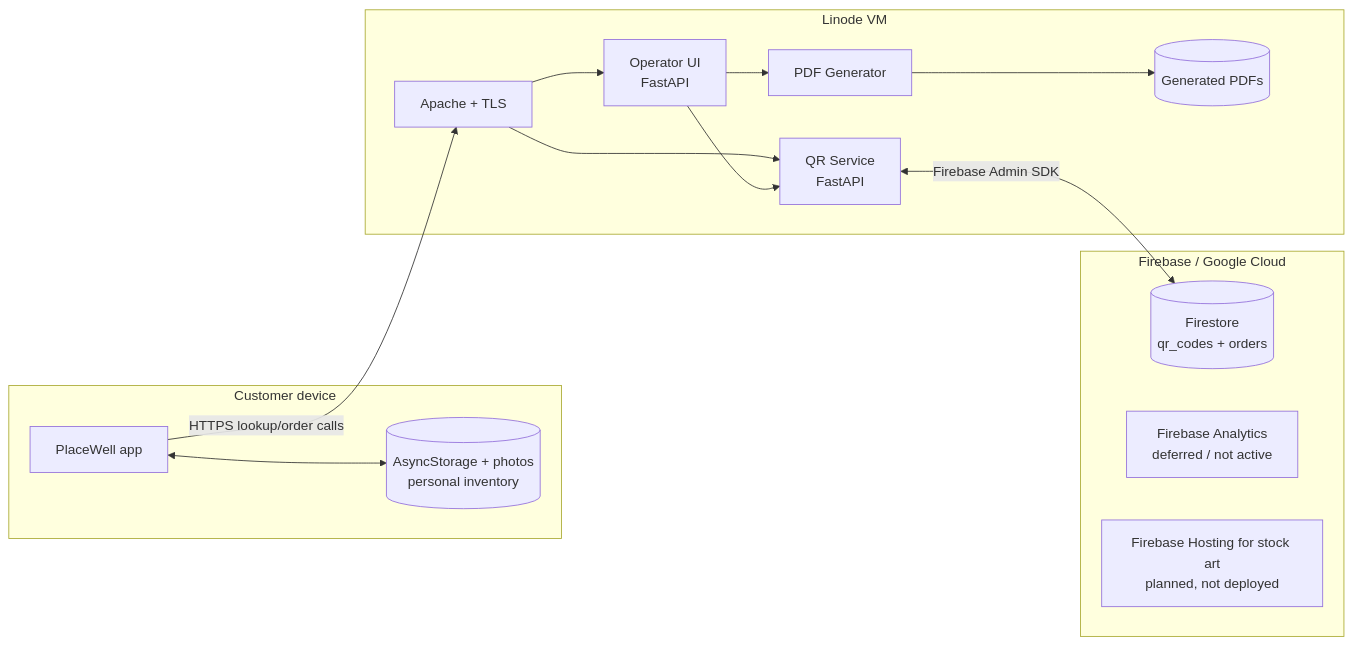
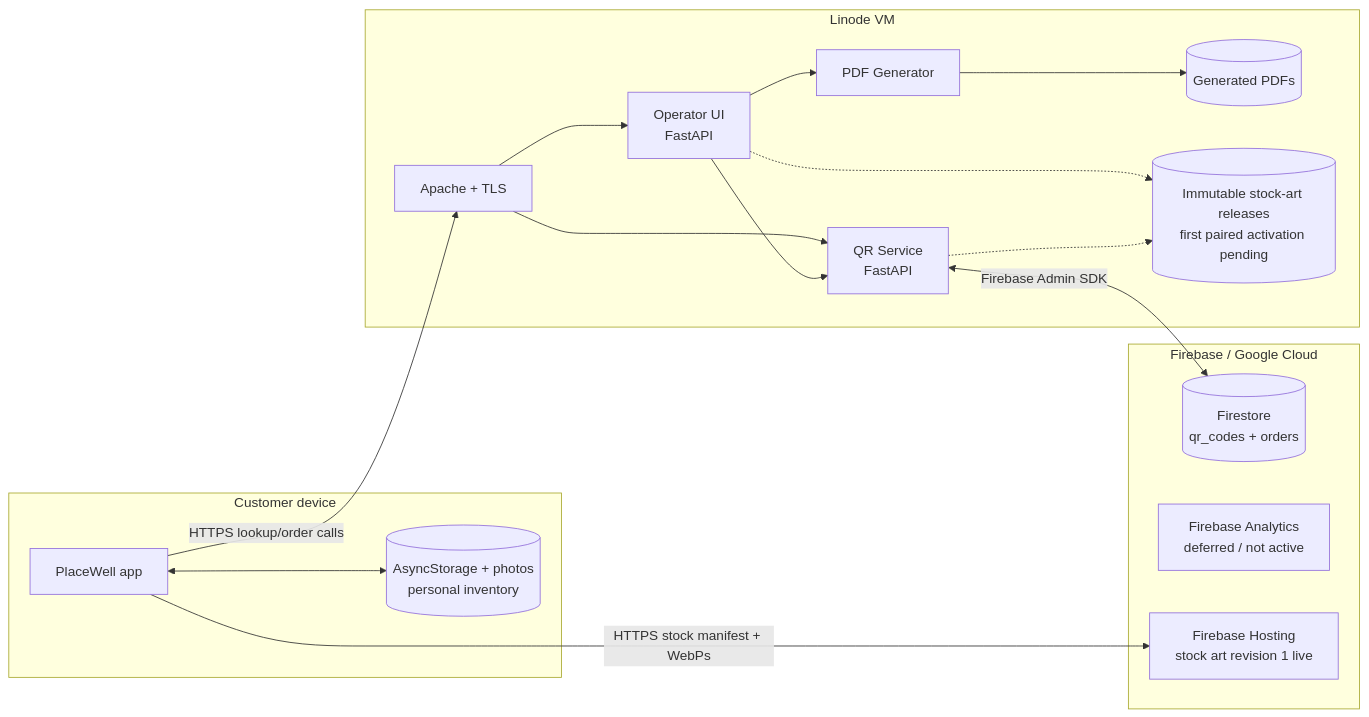
One commit to whosaner/PlaceWellDocs changed the first of 3 diagrams in architecture/Firebase_Linode_SQL_Decision.md. Above: the diagram before and after it, drawn with Mermaid. The commit also changed other lines of this file and 9 other files, not shown here.

Commit message:
Add paired stock image deployment

````diff
--- a/architecture/Firebase_Linode_SQL_Decision.md
+++ b/architecture/Firebase_Linode_SQL_Decision.md
@@ -19,29 +19,33 @@
 ```mermaid
 flowchart LR
     subgraph DEVICE["Customer device"]
         APP["PlaceWell app"]
         LOCAL[("AsyncStorage + photos<br/>personal inventory")]
         APP <--> LOCAL
     end
 
     subgraph LINODE["Linode VM"]
         APACHE["Apache + TLS"]
         QR["QR Service<br/>FastAPI"]
         UI["Operator UI<br/>FastAPI"]
         PDF["PDF Generator"]
         OUT[("Generated PDFs")]
+        STOCK[("Immutable stock-art releases<br/>first paired activation pending")]
         APACHE --> QR
         APACHE --> UI
         UI --> QR
         UI --> PDF --> OUT
+        UI -.-> STOCK
+        QR -.-> STOCK
     end
 
     subgraph FIREBASE["Firebase / Google Cloud"]
         FS[("Firestore<br/>qr_codes + orders")]
         ANALYTICS["Firebase Analytics<br/>deferred / not active"]
-        HOSTING["Firebase Hosting for stock art<br/>planned, not deployed"]
+        HOSTING["Firebase Hosting<br/>stock art revision 1 live"]
     end
 
     APP -->|"HTTPS lookup/order calls"| APACHE
+    APP -->|"HTTPS stock manifest + WebPs"| HOSTING
     QR <-->|"Firebase Admin SDK"| FS
 ```
````
